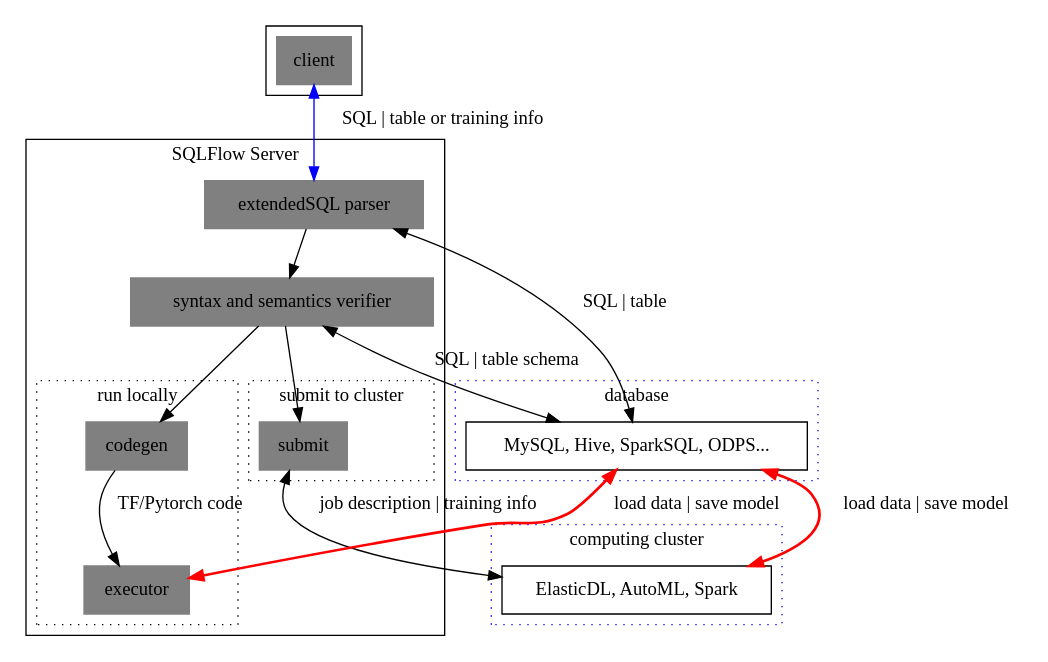
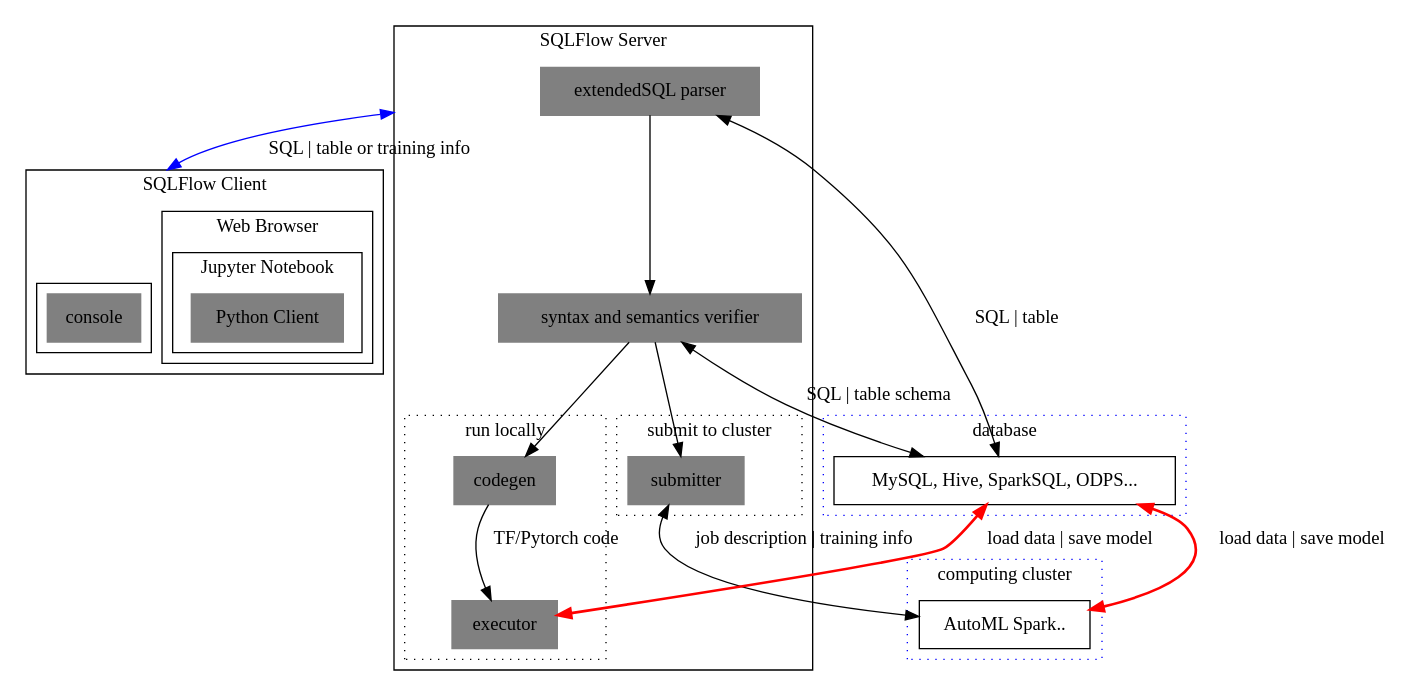
One commit to sql-machine-learning/sqlflow changed the diagram in doc/figures/sqlflow-overview.dot. Above: the diagram before and after it, drawn with Graphviz.

```diff
--- a/doc/figures/sqlflow-overview.dot
+++ b/doc/figures/sqlflow-overview.dot
@@ -1,52 +1,69 @@
 digraph G {
-	subgraph cluster_0 {
-		node [style=filled,color=grey,shape=box];
-		client [label = "client"]
-	}
-	subgraph cluster_1 {
-		label = "SQLFlow Server";
-		node [style=filled,color=grey,shape=box];
-		parser [label="extendedSQL parser"]
-		verifier [label="syntax and semantics verifier"]
-		parser -> verifier;
-		verifier -> {codegen submit}
+  graph [compound=true];
+  subgraph cluster_6 {
+    label = "SQLFlow Client"
 
-		subgraph cluster_10 {
-			label = "run locally";
-			node [style=filled, shape=box];
-			graph[style=dotted];
-			codegen -> executor [label="TF/Pytorch code"];
-		}
+    subgraph cluster_0 {
+      label = "Web Browser";
+      subgraph cluster_4 {
+        label = "Jupyter Notebook";
+        node [style=filled,color=grey,shape=box];
+        python_client [label = "Python Client"]
+      }
+    }
 
-		subgraph cluster_11 {
-			label = "submit to cluster";
-			node [style=filled, shape=box];
-			graph[style=dotted];
-			submit;
-		}
-	}
+    subgraph cluster_5 {
+      label = "";
+      node [style=filled,color=grey,shape=box];
+      console [label = "console"]
+    }
+  }
 
-	subgraph cluster_2 { 
-		label = "database"
-		style=filled;
-		graph[style=dotted];
-		color=blue;
-		database [label="MySQL, Hive, SparkSQL, ODPS...",shape=box];
-	}
 
-	subgraph cluster_3 {
-		label = "computing cluster"
-		style=filled;
-		graph[style=dotted];
-		color=blue;
-		compute_cluster [label="ElasticDL, AutoML, Spark",shape=box];
-	}
+  subgraph cluster_1 {
+    label = "SQLFlow Server";
+    node [style=filled,color=grey,shape=box];
+    parser [label="extendedSQL parser"]
+    verifier [label="syntax and semantics verifier"]
+    parser -> verifier;
+    verifier -> {codegen submitter}
 
-	client -> parser [color=blue, dir="both", label="SQL | table or training info"]
-	parser -> database [dir="both", label="SQL | table"];
-	verifier -> database [dir="both", label="SQL | table schema"];
-	submit -> compute_cluster [dir="both", label="job description | training info"]
+    subgraph cluster_10 {
+      label = "run locally";
+      node [style=filled, shape=box];
+      graph[style=dotted];
+      codegen -> executor [label="TF/Pytorch code"];
+    }
 
-	database -> compute_cluster [color=red, style=bold, dir="both", label="load data | save model"]
-	database -> executor [color=red, style=bold, dir="both", label="load data | save model"]
+    subgraph cluster_11 {
+      label = "submit to cluster";
+      node [style=filled, shape=box];
+      graph[style=dotted];
+      submitter;
+    }
+  }
+
+  subgraph cluster_2 { 
+    label = "database"
+    style=filled;
+    graph[style=dotted];
+    color=blue;
+    database [label="MySQL, Hive, SparkSQL, ODPS...",shape=box];
+  }
+
+  subgraph cluster_3 {
+    label = "computing cluster"
+    style=filled;
+    graph[style=dotted];
+    color=blue;
+    compute_cluster [label="AutoML Spark..",shape=box];
+  }
+
+  parser -> console [ltail=cluster_1, lhead=cluster_6, color=blue, dir="both", label="SQL | table or training info"]
+  parser -> database [dir="both", label="SQL | table"];
+  verifier -> database [dir="both", label="SQL | table schema"];
+  submitter -> compute_cluster [dir="both", label="job description | training info"]
+
+  database -> compute_cluster [color=red, style=bold, dir="both", label="load data | save model"]
+  database -> executor [color=red, style=bold, dir="both", label="load data | save model"]
 }
```
